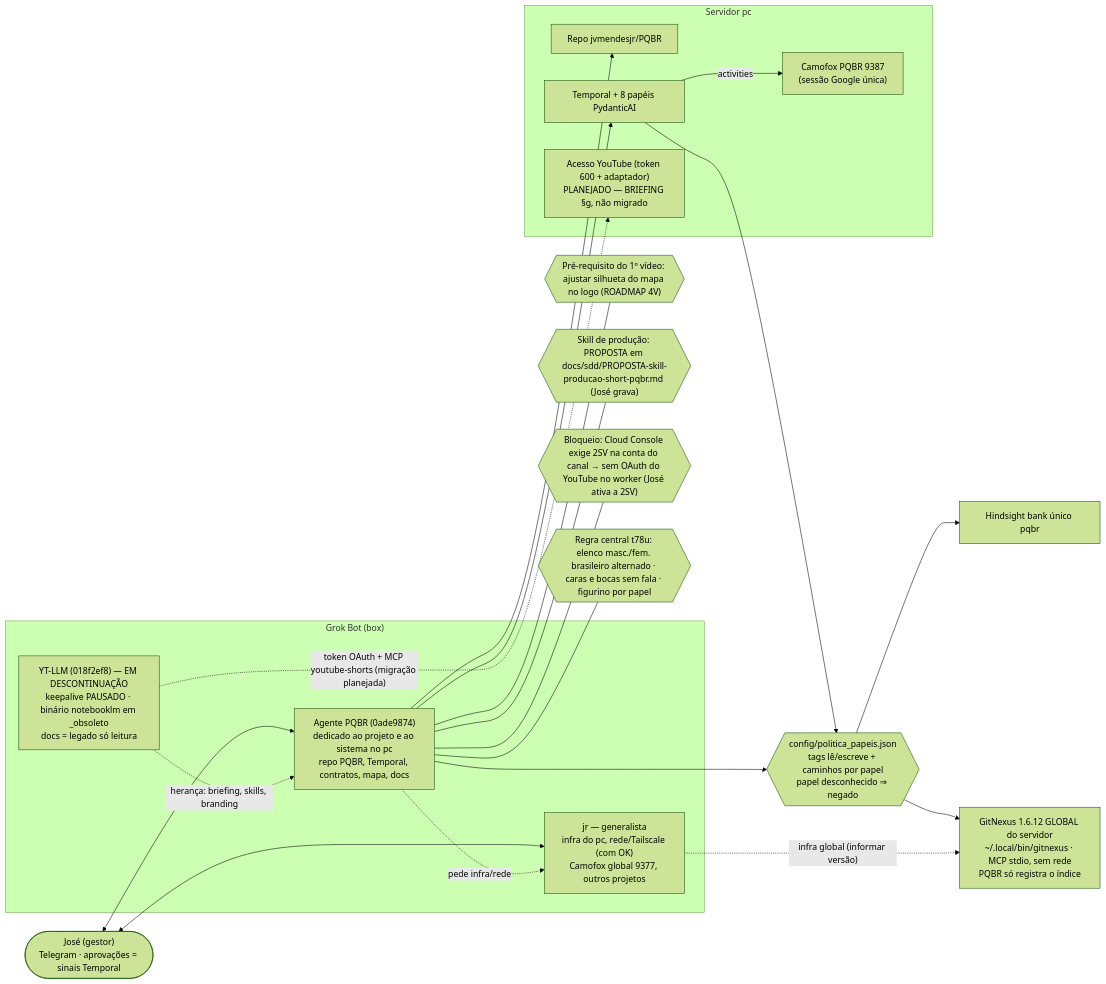
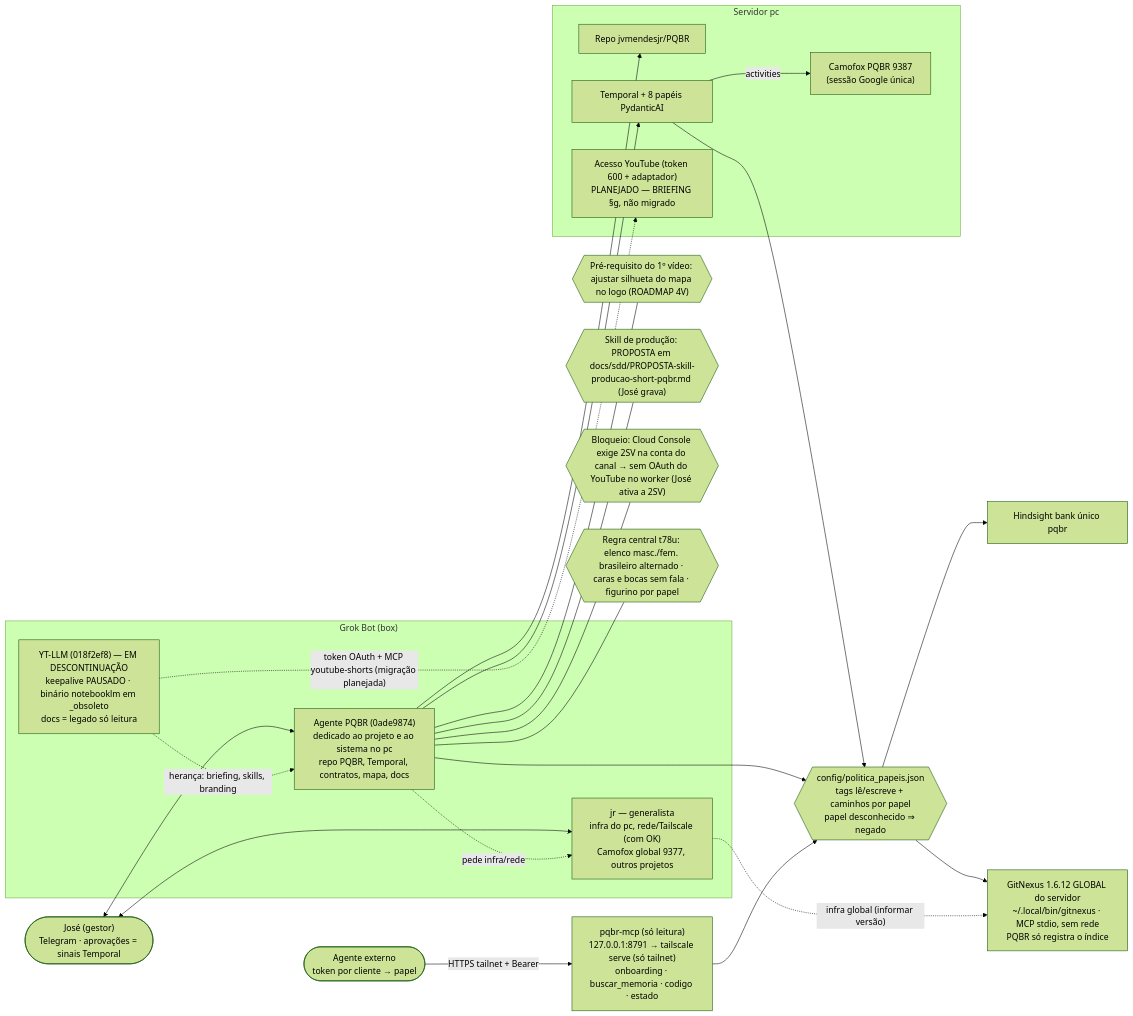
Before and after one commit to jvmendesjr/PQBR: the diagram in docs/mapa/09-agentes-responsabilidades.mmd, drawn with Mermaid (forest theme). The commit also changed 15 other files, not shown here.

Commit message:
t89u: servidor MCP da PQBR (só leitura, só tailnet), AGENTS.md gerado, política 1.1.0

```diff
--- a/docs/mapa/09-agentes-responsabilidades.mmd
+++ b/docs/mapa/09-agentes-responsabilidades.mmd
@@ -1,36 +1,41 @@
 %% Agentes e responsabilidades (t533–t535, José 24/10/2026). Decisão registrada; não é gerado do código.
 flowchart LR
   J(["José (gestor)<br/>Telegram · aprovações = sinais Temporal"])
   subgraph BOX["Grok Bot (box)"]
     JR["jr — generalista<br/>infra do pc, rede/Tailscale (com OK)<br/>Camofox global 9377, outros projetos"]
     AG["Agente PQBR (0ade9874)<br/>dedicado ao projeto e ao sistema no pc<br/>repo PQBR, Temporal, contratos, mapa, docs"]
     YT["YT-LLM (018f2ef8) — EM DESCONTINUAÇÃO<br/>keepalive PAUSADO · binário notebooklm em _obsoleto<br/>docs = legado só leitura"]
   end
   subgraph PC["Servidor pc"]
     REPO["Repo jvmendesjr/PQBR"]
     TMP["Temporal + 8 papéis PydanticAI"]
     CF["Camofox PQBR 9387<br/>(sessão Google única)"]
     YTA["Acesso YouTube (token 600 + adaptador)<br/>PLANEJADO — BRIEFING §g, não migrado"]
   end
   J <--> AG
   J <--> JR
   AG --> REPO & TMP
   TMP -->|activities| CF
   AG -. "pede infra/rede" .-> JR
   YT -. "herança: briefing, skills, branding" .-> AG
   YT -. "token OAuth + MCP youtube-shorts (migração planejada)" .-> YTA
   P1{{"Pré-requisito do 1º vídeo: ajustar silhueta do mapa no logo (ROADMAP 4V)"}}
   P2{{"Skill de produção: PROPOSTA em docs/sdd/PROPOSTA-skill-producao-short-pqbr.md (José grava)"}}
   AG --- P1 & P2
   %% t73u–t78u (26/10/2026)
   P3{{"Bloqueio: Cloud Console exige 2SV na conta do canal → sem OAuth do YouTube no worker (José ativa a 2SV)"}}
   P4{{"Regra central t78u: elenco masc./fem. brasileiro alternado · caras e bocas sem fala · figurino por papel"}}
   AG --- P3 & P4
   %% t84u–t86u (26/10/2026)
   GNX["GitNexus 1.6.12 GLOBAL do servidor<br/>~/.local/bin/gitnexus · MCP stdio, sem rede<br/>PQBR só registra o índice"]
   HS["Hindsight bank único pqbr"]
   POL{{"config/politica_papeis.json<br/>tags lê/escreve + caminhos por papel<br/>papel desconhecido ⇒ negado"}}
   TMP --> POL
   AG --> POL
   POL --> HS & GNX
   JR -. "infra global (informar versão)" .-> GNX
+  %% t89u (26/10/2026)
+  MCP["pqbr-mcp (só leitura)<br/>127.0.0.1:8791 → tailscale serve (só tailnet)<br/>onboarding · buscar_memoria · codigo · estado"]
+  EXT(["Agente externo<br/>token por cliente → papel"])
+  EXT -->|"HTTPS tailnet + Bearer"| MCP
+  MCP --> POL
```
